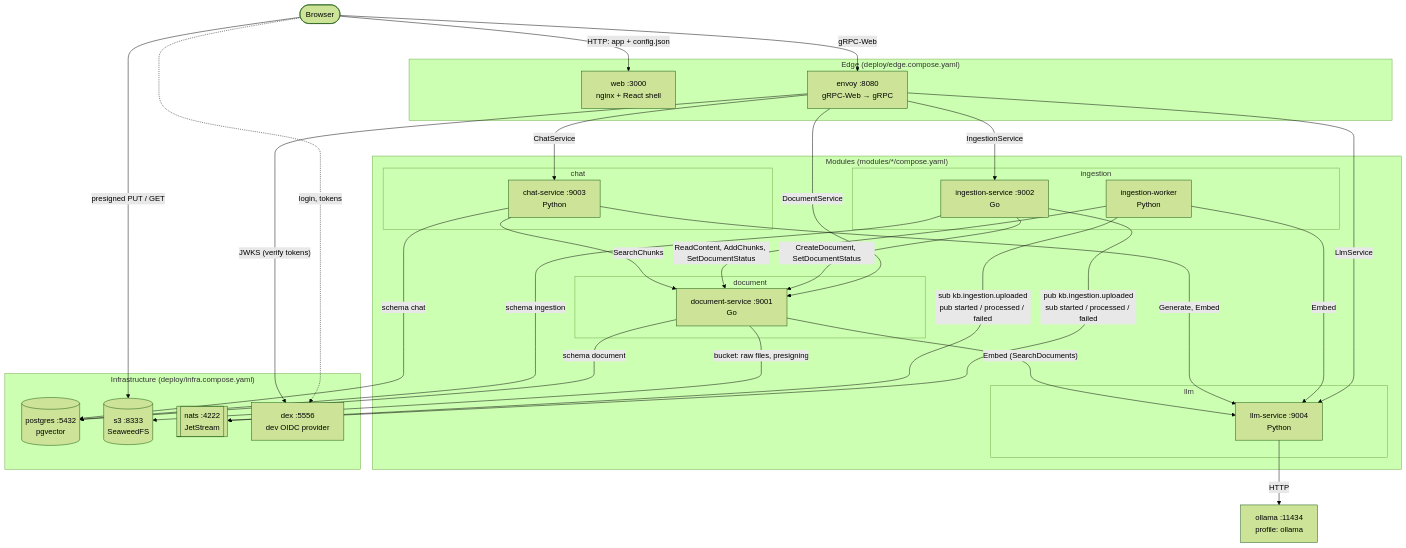
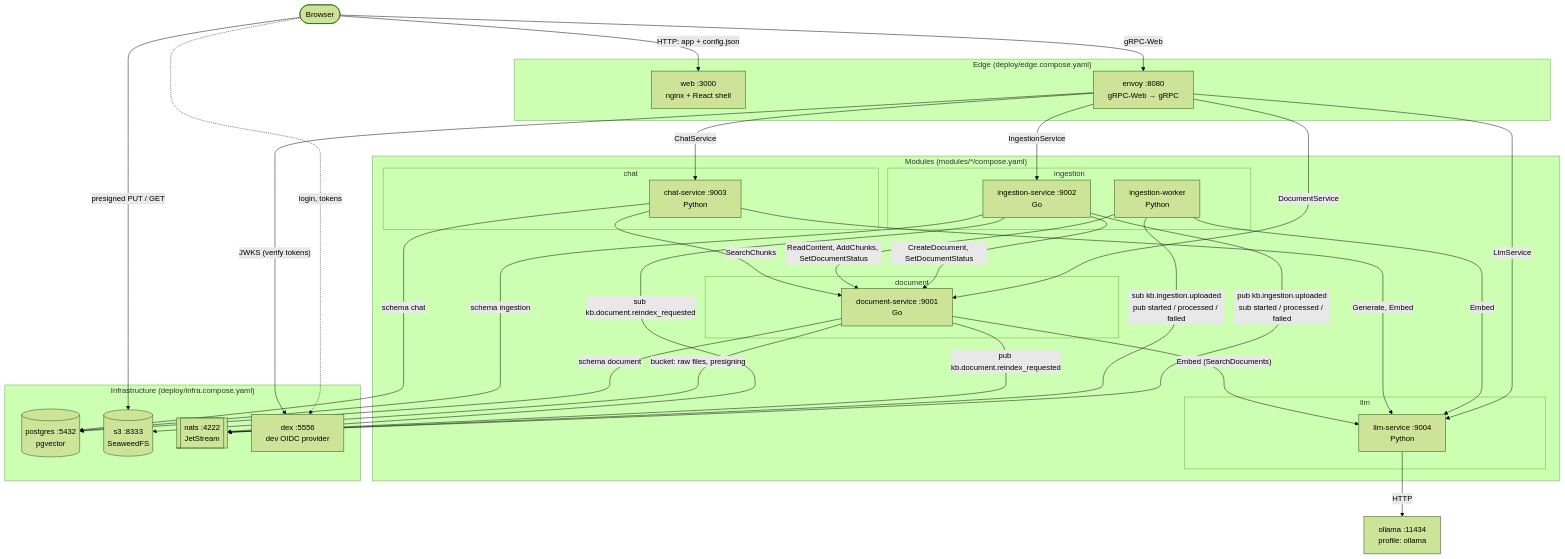
The second of 3 diagrams in docs/architecture/overview.md (ChristophBe/kb), drawn with Mermaid (forest theme) before and after one commit. The commit also changed other lines of this file and 48 other files, not shown here.

First line of the commit message:
feat(document): reindex all documents when the embedding model changes

````diff
--- a/docs/architecture/overview.md
+++ b/docs/architecture/overview.md
@@ -21,61 +21,63 @@
 ```mermaid
 flowchart TB
     browser([Browser])
 
     subgraph edge["Edge (deploy/edge.compose.yaml)"]
         web["web :3000<br/>nginx + React shell"]
         envoy["envoy :8080<br/>gRPC-Web → gRPC"]
     end
 
     subgraph modules["Modules (modules/*/compose.yaml)"]
         subgraph document["document"]
             docsvc["document-service :9001<br/>Go"]
         end
         subgraph ingestion["ingestion"]
             ingsvc["ingestion-service :9002<br/>Go"]
             ingworker["ingestion-worker<br/>Python"]
         end
         subgraph chat["chat"]
             chatsvc["chat-service :9003<br/>Python"]
         end
         subgraph llm["llm"]
             llmsvc["llm-service :9004<br/>Python"]
         end
     end
 
     subgraph infra["Infrastructure (deploy/infra.compose.yaml)"]
         pg[("postgres :5432<br/>pgvector")]
         s3[("s3 :8333<br/>SeaweedFS")]
         nats[["nats :4222<br/>JetStream"]]
         dex["dex :5556<br/>dev OIDC provider"]
     end
 
     ollama["ollama :11434<br/>profile: ollama"]
 
     browser -- "HTTP: app + config.json" --> web
     browser -- "gRPC-Web" --> envoy
     browser -- "presigned PUT / GET" --> s3
     browser -. "login, tokens" .-> dex
     envoy -- "JWKS (verify tokens)" --> dex
 
     envoy -- "DocumentService" --> docsvc
     envoy -- "IngestionService" --> ingsvc
     envoy -- "ChatService" --> chatsvc
     envoy -- "LlmService" --> llmsvc
 
     ingsvc -- "CreateDocument, SetDocumentStatus" --> docsvc
     ingworker -- "ReadContent, AddChunks, SetDocumentStatus" --> docsvc
     ingworker -- "Embed" --> llmsvc
     chatsvc -- "SearchChunks" --> docsvc
     chatsvc -- "Generate, Embed" --> llmsvc
     docsvc -- "Embed (SearchDocuments)" --> llmsvc
     llmsvc -- "HTTP" --> ollama
 
     ingsvc -- "pub kb.ingestion.uploaded<br/>sub started / processed / failed" --> nats
     ingworker -- "sub kb.ingestion.uploaded<br/>pub started / processed / failed" --> nats
+    docsvc -- "pub kb.document.reindex_requested" --> nats
+    ingsvc -- "sub kb.document.reindex_requested" --> nats
 
     docsvc -- "schema document" --> pg
     ingsvc -- "schema ingestion" --> pg
     chatsvc -- "schema chat" --> pg
     docsvc -- "bucket: raw files, presigning" --> s3
 ```
````
